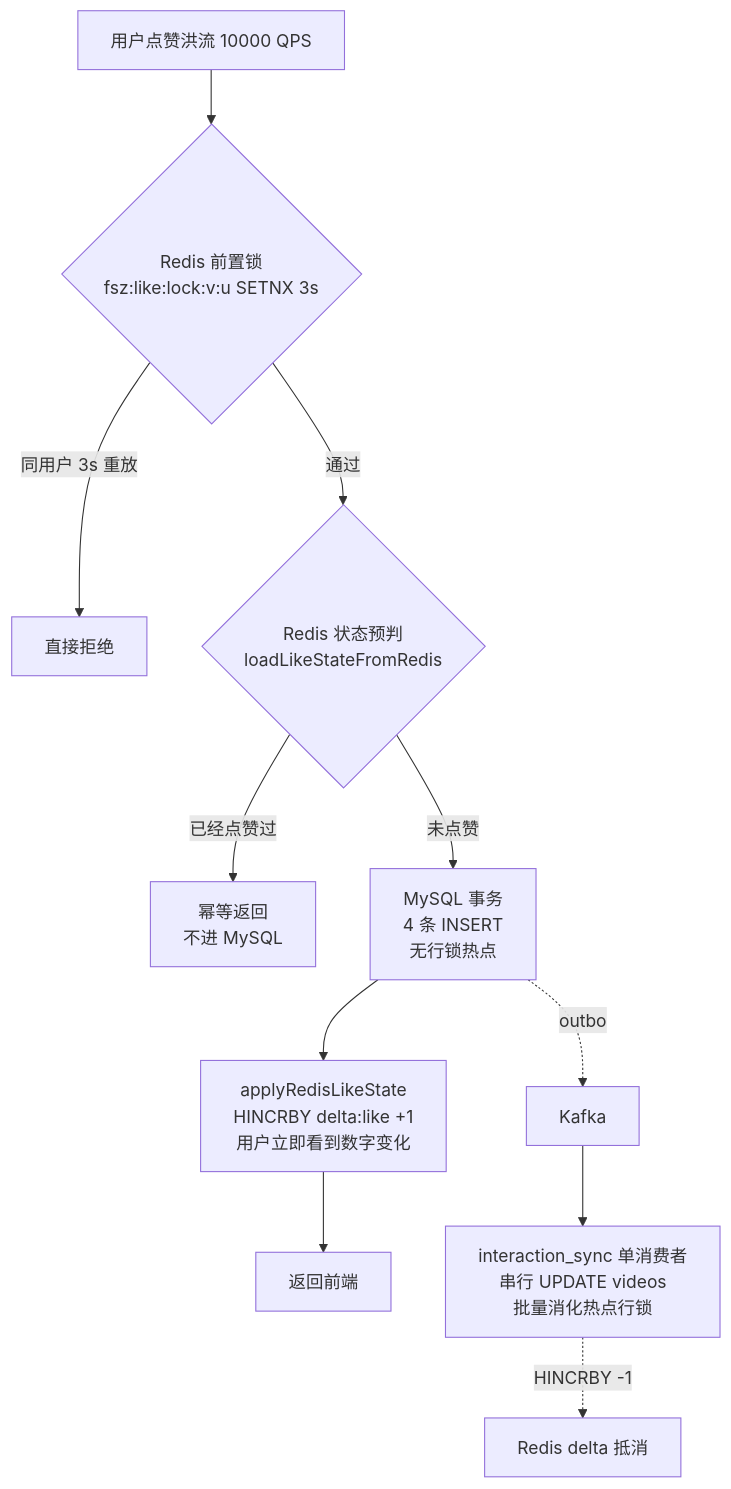
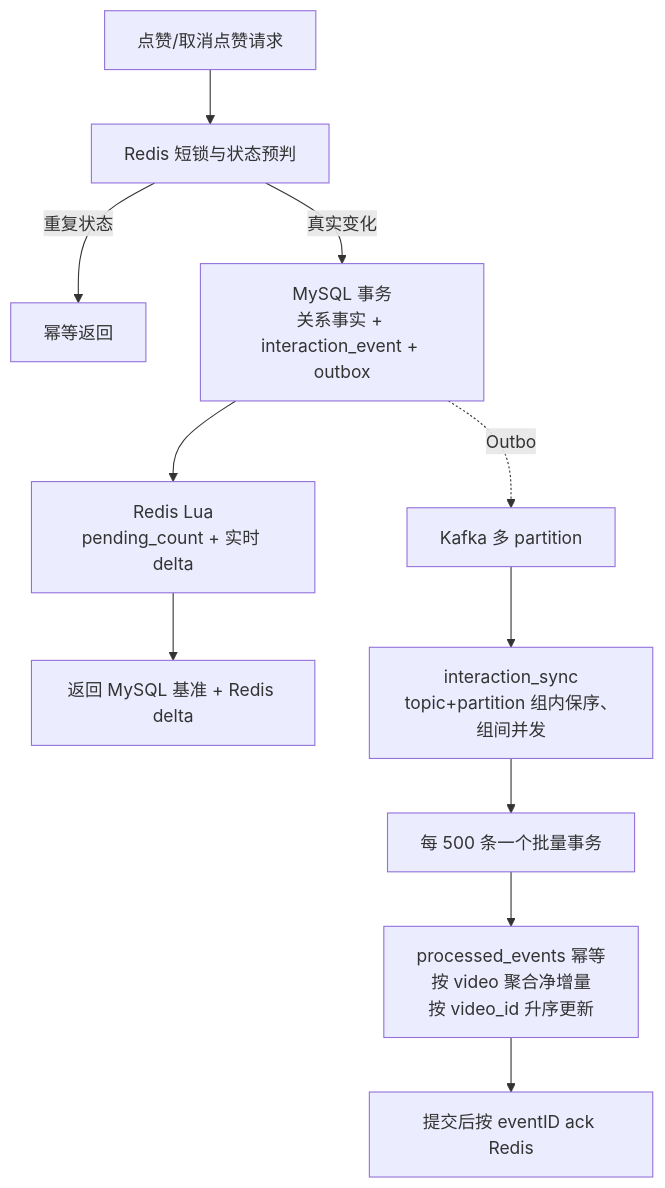
The ninth of 17 diagrams in docs/PROJECT_OVERVIEW.md (Redeemz473/feedsystem-zero), drawn with Mermaid before and after one commit. The commit also changed other lines of this file and 46 other files, not shown here.

````diff
--- a/docs/PROJECT_OVERVIEW.md
+++ b/docs/PROJECT_OVERVIEW.md
@@ -712,13 +717,13 @@
 ```mermaid
 flowchart TD
-    A[用户点赞洪流 10000 QPS] --> B{Redis 前置锁<br/>fsz:like:lock:v:u SETNX 3s}
-    B -->|同用户 3s 重放| X1[直接拒绝]
-    B -->|通过| C{Redis 状态预判<br/>loadLikeStateFromRedis}
-    C -->|已经点赞过| X2[幂等返回<br/>不进 MySQL]
-    C -->|未点赞| D[MySQL 事务<br/>4 条 INSERT<br/>无行锁热点]
-    D --> E[applyRedisLikeState<br/>HINCRBY delta:like +1<br/>用户立即看到数字变化]
-    E --> F[返回前端]
-    D -.outbox.-> K[Kafka]
-    K --> J[interaction_sync 单消费者<br/>串行 UPDATE videos<br/>批量消化热点行锁]
-    J -.HINCRBY -1.-> R[Redis delta 抵消]
+    A[点赞/取消点赞请求] --> B[Redis 短锁与状态预判]
+    B -->|重复状态| C[幂等返回]
+    B -->|真实变化| D[MySQL 事务<br/>关系事实 + interaction_event + outbox]
+    D --> E[Redis Lua<br/>pending_count + 实时 delta]
+    E --> F[返回 MySQL 基准 + Redis delta]
+    D -.Outbox.-> K[Kafka 多 partition]
+    K --> G[interaction_sync<br/>topic+partition 组内保序、组间并发]
+    G --> H[每 500 条一个批量事务]
+    H --> I[processed_events 幂等<br/>按 video 聚合净增量<br/>按 video_id 升序更新]
+    I --> J[提交后按 eventID ack Redis]
 ```
````
